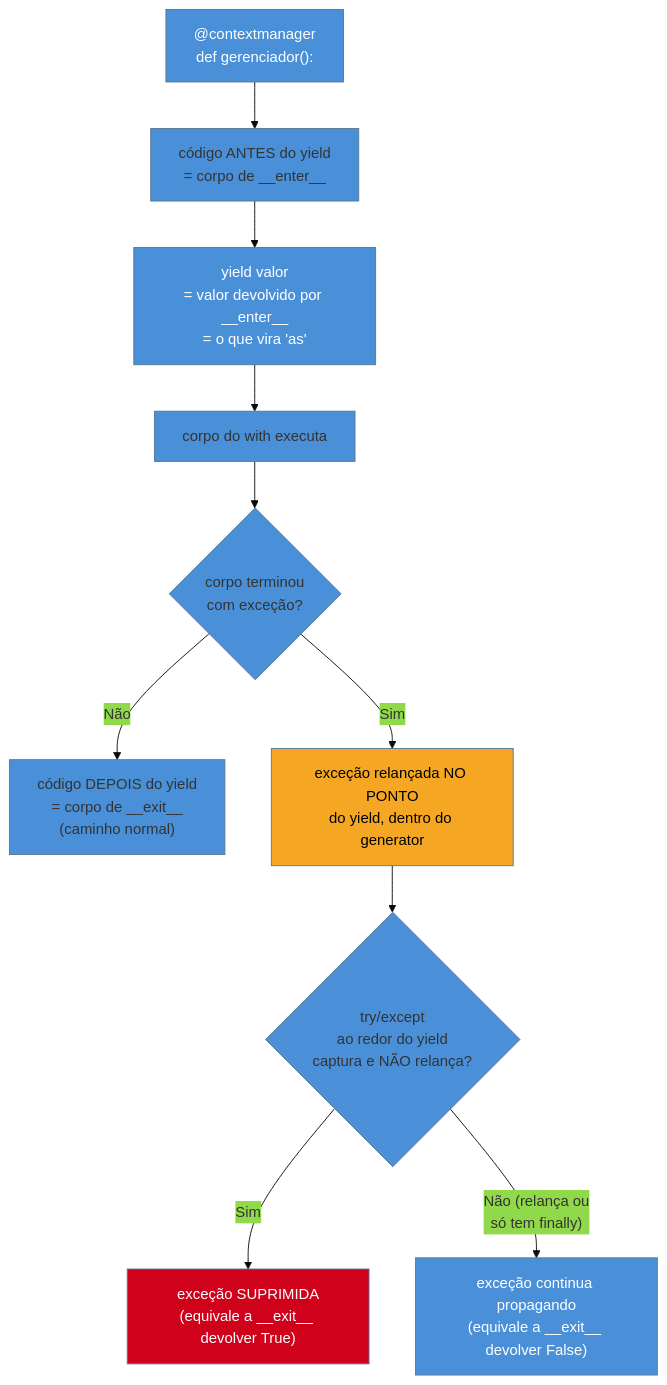
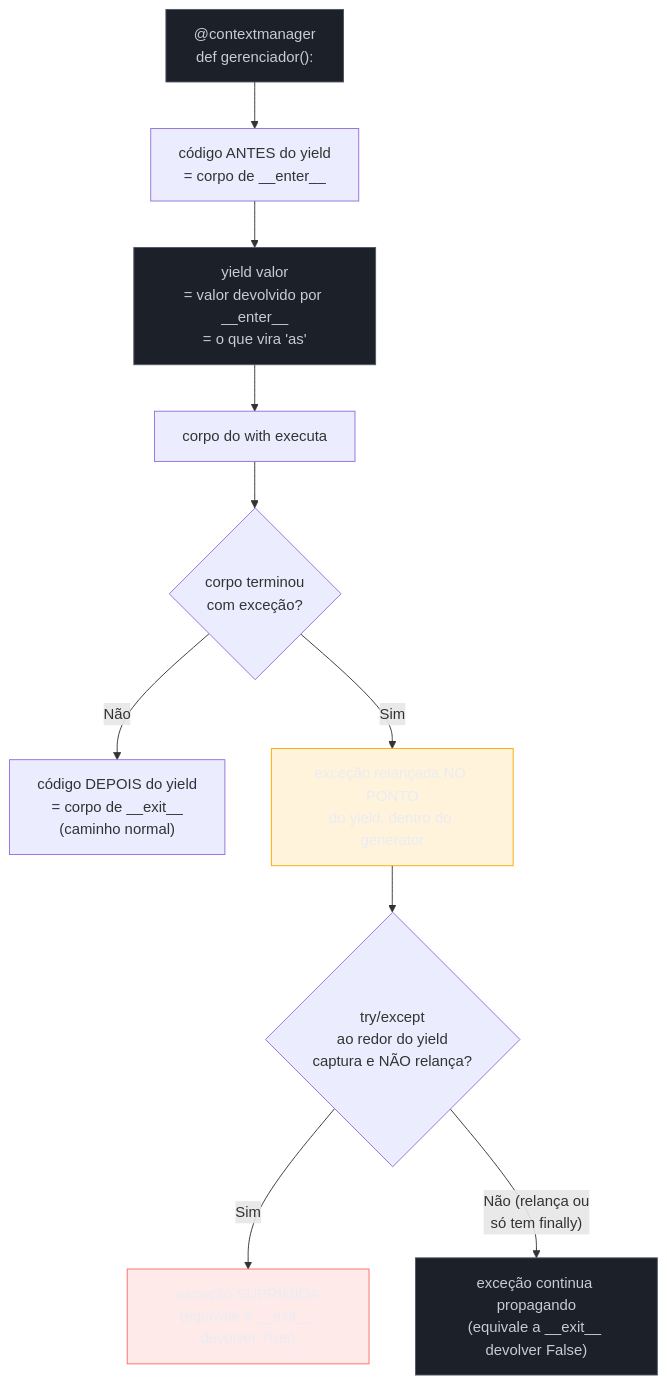
The first of 2 diagrams in 03-Dominios/Tecnologia/Python/Funcional e idiomas avançados/08 - Context managers via generator.md (josenaldo/codex-technomanticus), drawn with Mermaid before and after one commit. The commit also changed 1181 other files, not shown here.

First line of the commit message:
fix(diagramas): paleta do sistema no lugar de cor cravada no markdown

````diff
--- a/03-Dominios/Tecnologia/Python/Funcional e idiomas avançados/08 - Context managers via generator.md
+++ b/03-Dominios/Tecnologia/Python/Funcional e idiomas avançados/08 - Context managers via generator.md
@@ -118,19 +118,21 @@
 ```mermaid
-%%{init: {"theme": "base", "themeVariables": {"primaryColor": "#4A90D9"}}}%%
 flowchart TB
+    classDef neutro fill:#1B2029,stroke:#4E5666,color:#C6CCD8
+    classDef destaque fill:#FFAA0024,stroke:#FFAA00,color:#E9ECF2
+    classDef falha fill:#FF6B6B24,stroke:#FF6B6B,color:#E9ECF2
     A["@contextmanager\ndef gerenciador():"] --> B["código ANTES do yield\n= corpo de __enter__"]
     B --> C["yield valor\n= valor devolvido por __enter__\n= o que vira 'as'"]
     C --> D["corpo do with executa"]
     D --> E{"corpo terminou\ncom exceção?"}
     E -- "Não" --> F["código DEPOIS do yield\n= corpo de __exit__\n(caminho normal)"]
     E -- "Sim" --> G["exceção relançada NO PONTO\ndo yield, dentro do generator"]
     G --> H{"try/except\nao redor do yield\ncaptura e NÃO relança?"}
     H -- "Sim" --> I["exceção SUPRIMIDA\n(equivale a __exit__ devolver True)"]
     H -- "Não (relança ou\nsó tem finally)" --> J["exceção continua propagando\n(equivale a __exit__ devolver False)"]
 
-    style A fill:#4A90D9,color:#fff
-    style C fill:#4A90D9,color:#fff
-    style G fill:#F5A623,color:#000
-    style I fill:#D0021B,color:#fff
-    style J fill:#4A90D9,color:#fff
+    class A neutro
+    class C neutro
+    class G destaque
+    class I falha
+    class J neutro
 ```
````
